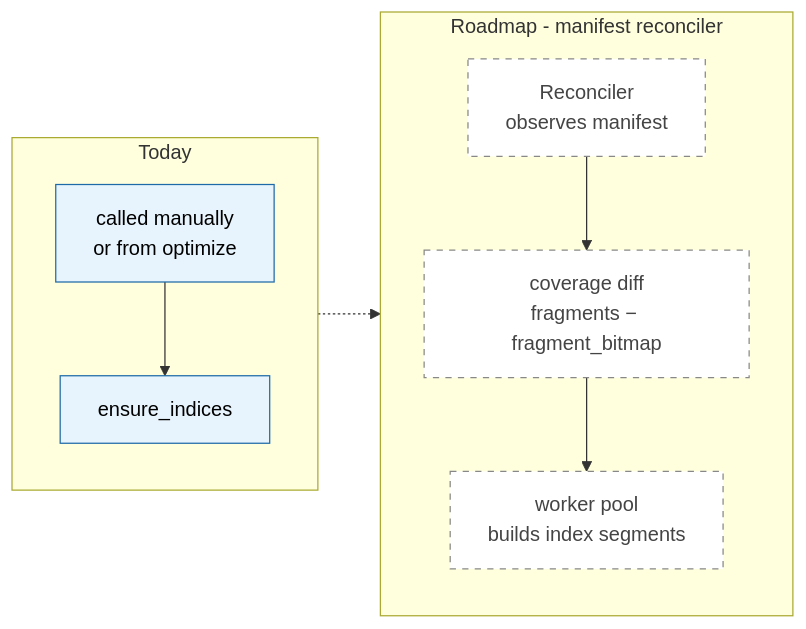
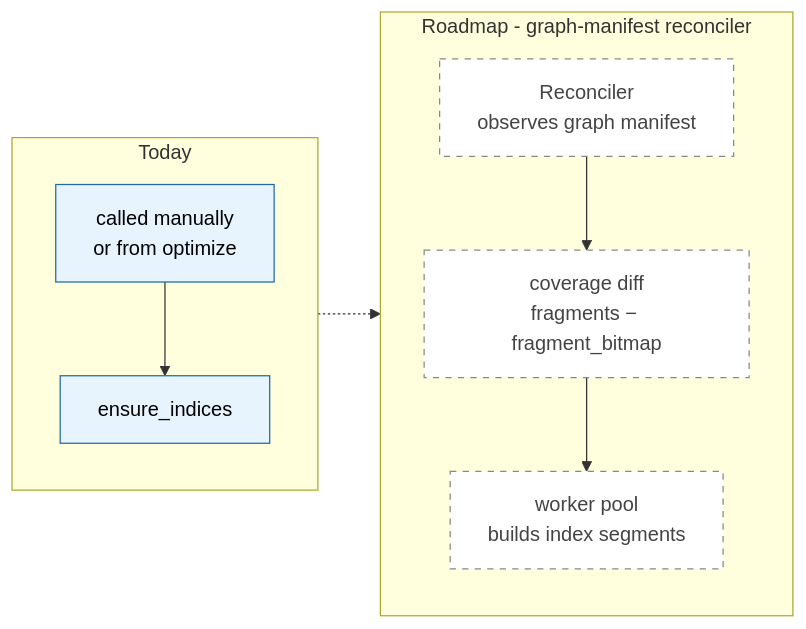
The sixth of 7 diagrams in docs/dev/architecture.md (ModernRelay/omnigraph), drawn with Mermaid before and after one commit. The commit also changed other lines of this file and 131 other files, not shown here.

Commit message:
refactor(vocabulary): remove legacy graph contract aliases

````diff
--- a/docs/dev/architecture.md
+++ b/docs/dev/architecture.md
@@ -272,20 +272,20 @@
 ```mermaid
 flowchart LR
     classDef now fill:#e8f4fd,stroke:#1e6aa8,color:#000
     classDef future fill:#fff,stroke:#888,stroke-dasharray:5 5,color:#444
 
     subgraph today[Today]
         ei[ensure_indices]:::now
         manual[called manually<br/>or from optimize]:::now
     end
 
-    subgraph roadmap[Roadmap - manifest reconciler]
-        rec[Reconciler<br/>observes manifest]:::future
+    subgraph roadmap[Roadmap - graph-manifest reconciler]
+        rec[Reconciler<br/>observes graph manifest]:::future
         diff[coverage diff<br/>fragments − fragment_bitmap]:::future
         wp[worker pool<br/>builds index segments]:::future
     end
 
     manual --> ei
     today -.-> roadmap
     rec --> diff --> wp
 ```
````
